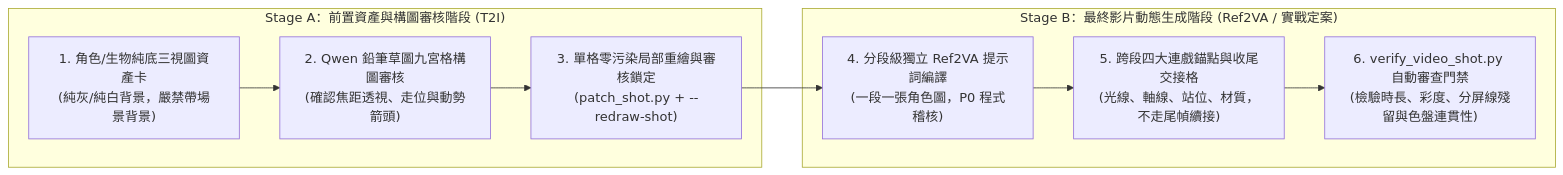
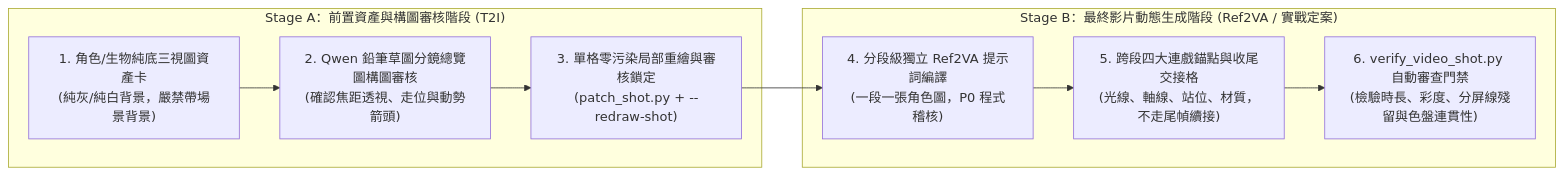
The first of 2 diagrams in references/storyboard/anime-drama-grid-and-continuity.md (ayase0307/ai-comic-drama), drawn with Mermaid before and after one commit. The commit also changed other lines of this file and 22 other files, not shown here.

Commit message:
PR-3：階段 4 構圖改逐鏡 panel＋依段總覽，移除硬性 3x3 九宮格用語（議題 1、#41）

````diff
--- a/references/storyboard/anime-drama-grid-and-continuity.md
+++ b/references/storyboard/anime-drama-grid-and-continuity.md
@@ -11,13 +11,13 @@
 ```mermaid
 flowchart LR
     subgraph StageA["Stage A：前置資產與構圖審核階段 (T2I)"]
-        S1["1. 角色/生物純底三視圖資產卡<br/>(純灰/純白背景，嚴禁帶場景背景)"] --> S2["2. Qwen 鉛筆草圖九宮格構圖審核<br/>(確認焦距透視、走位與動勢箭頭)"]
+        S1["1. 角色/生物純底三視圖資產卡<br/>(純灰/純白背景，嚴禁帶場景背景)"] --> S2["2. Qwen 鉛筆草圖分鏡總覽圖構圖審核<br/>(確認焦距透視、走位與動勢箭頭)"]
         S2 --> S3["3. 單格零污染局部重繪與審核鎖定<br/>(patch_shot.py + --redraw-shot)"]
     end
 
     subgraph StageB["Stage B：最終影片動態生成階段 (Ref2VA / 實戰定案)"]
         S3 --> S4["4. 分段級獨立 Ref2VA 提示詞編譯<br/>(一段一張角色圖，P0 程式稽核)"]
         S4 --> S5["5. 跨段四大連戲錨點與收尾交接格<br/>(光線、軸線、站位、材質，不走尾幀續接)"]
         S5 --> S6["6. verify_video_shot.py 自動審查門禁<br/>(檢驗時長、彩度、分屏線殘留與色盤連貫性)"]
     end
 ```
````
